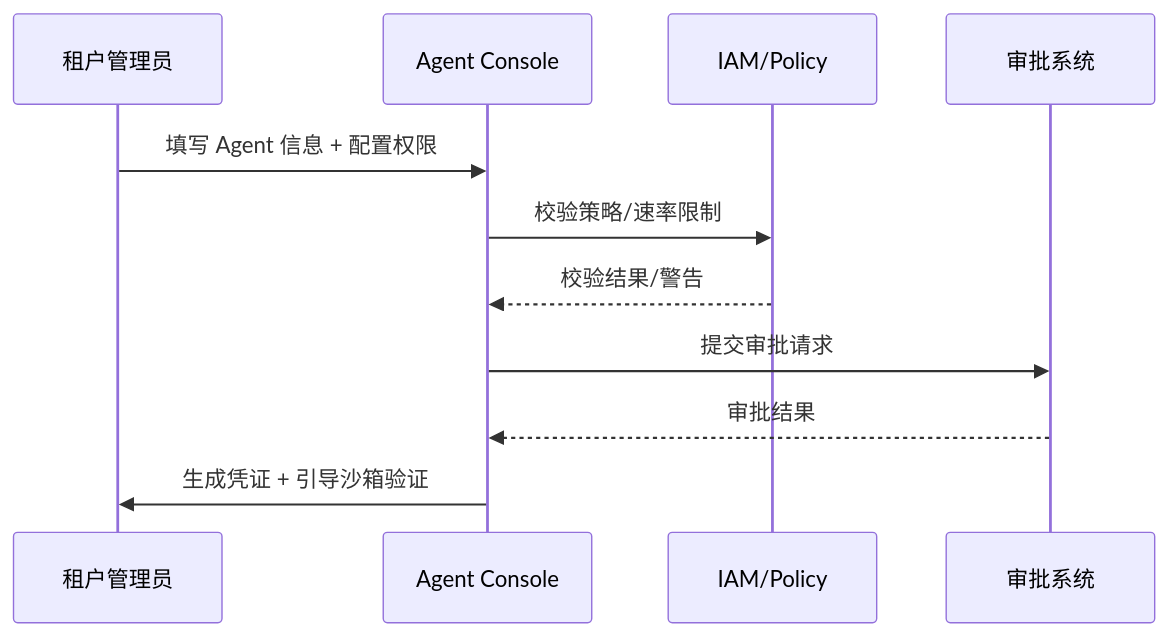
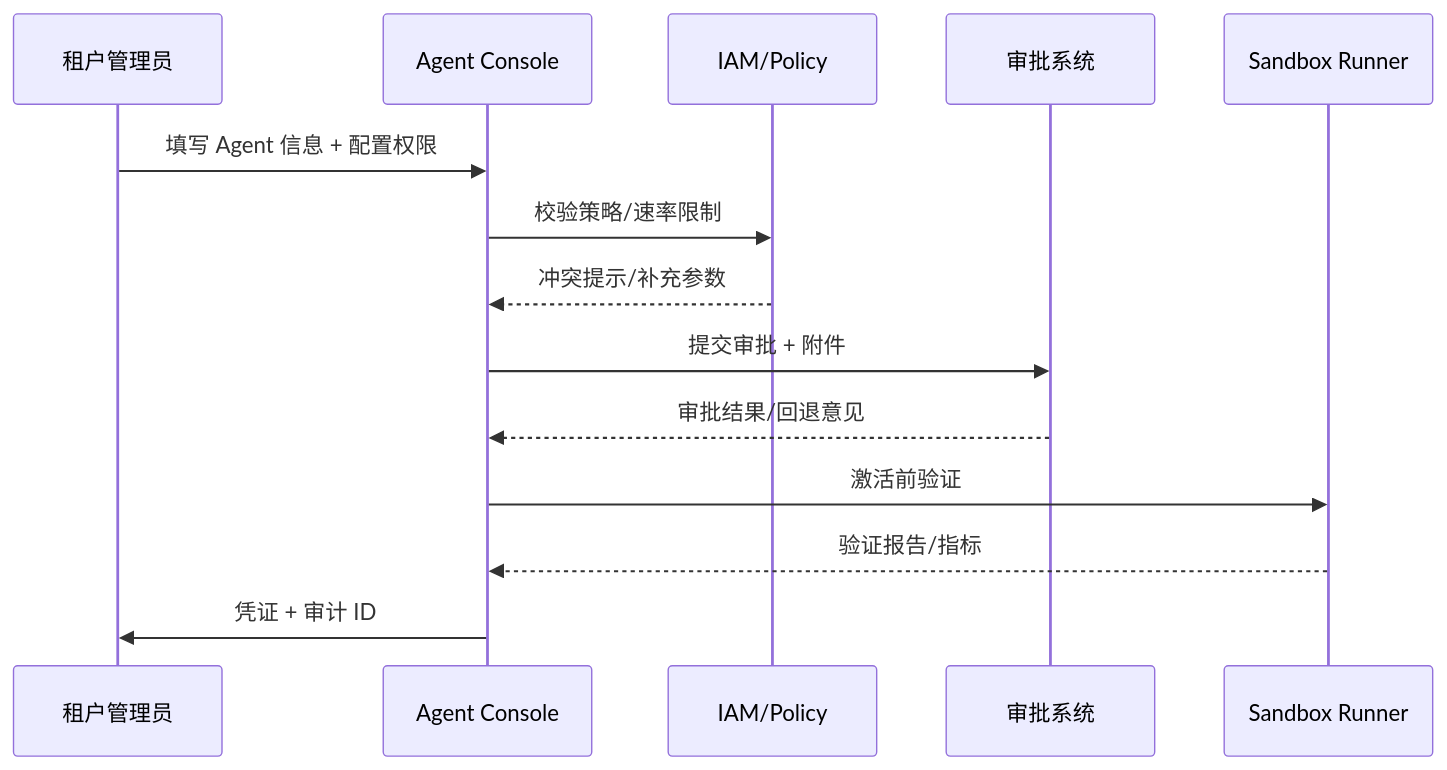
One commit to ArtisanCloud/PowerXDoc changed the diagram in docs/scenarios/agent-orchestration/SCN-AGENT-REG-TENANT-001.md. Above: the diagram before and after it, drawn with Mermaid. The commit also changed other lines of this file and 515 other files, not shown here.

````diff
--- a/docs/scenarios/agent-orchestration/SCN-AGENT-REG-TENANT-001.md
+++ b/docs/scenarios/agent-orchestration/SCN-AGENT-REG-TENANT-001.md
@@ -55,14 +57,17 @@
 ```mermaid
 sequenceDiagram
   participant Admin as 租户管理员
   participant Console as Agent Console
   participant Policy as IAM/Policy
-  participant Approval as 审批系统
+  participant Workflow as 审批系统
+  participant Sandbox as Sandbox Runner
 
   Admin->>Console: 填写 Agent 信息 + 配置权限
   Console->>Policy: 校验策略/速率限制
-  Policy-->>Console: 校验结果/警告
-  Console->>Approval: 提交审批请求
-  Approval-->>Console: 审批结果
-  Console->>Admin: 生成凭证 + 引导沙箱验证
+  Policy-->>Console: 冲突提示/补充参数
+  Console->>Workflow: 提交审批 + 附件
+  Workflow-->>Console: 审批结果/回退意见
+  Console->>Sandbox: 激活前验证
+  Sandbox-->>Console: 验证报告/指标
+  Console->>Admin: 凭证 + 审计 ID
 ```
````
